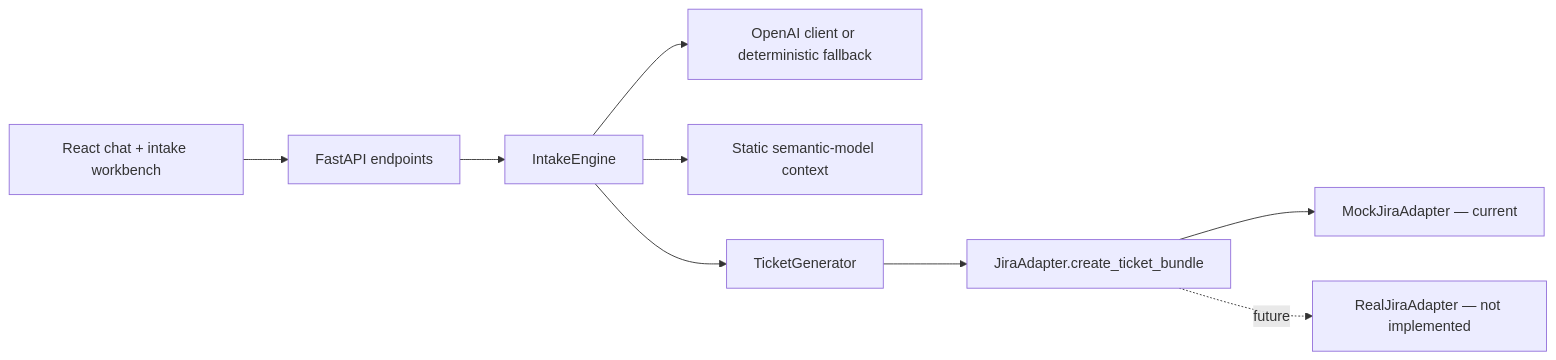
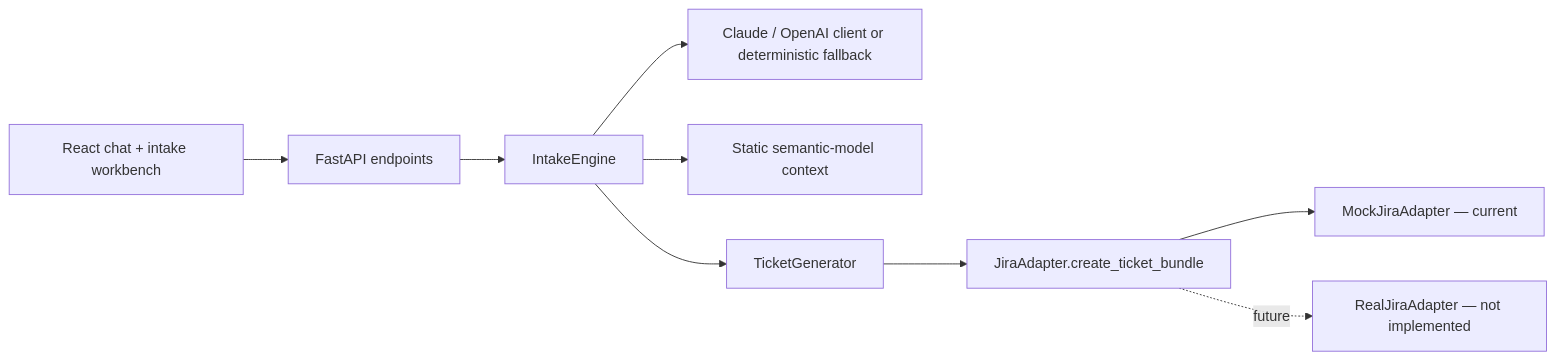
The diagram in README.md (sonoko0404/zz-capstone), drawn with Mermaid before and after one commit. The commit also changed other lines of this file and 19 other files, not shown here.

````diff
--- a/README.md
+++ b/README.md
@@ -29,11 +29,11 @@
 ```mermaid
 flowchart LR
     UI["React chat + intake workbench"] --> API["FastAPI endpoints"]
     API --> ENGINE["IntakeEngine"]
-    ENGINE --> LLM["OpenAI client or deterministic fallback"]
+    ENGINE --> LLM["Claude / OpenAI client or deterministic fallback"]
     ENGINE --> KB["Static semantic-model context"]
     ENGINE --> GENERATOR["TicketGenerator"]
     GENERATOR --> CONTRACT["JiraAdapter.create_ticket_bundle"]
     CONTRACT --> MOCK["MockJiraAdapter — current"]
     CONTRACT -. future .-> REAL["RealJiraAdapter — not implemented"]
 ```
````
